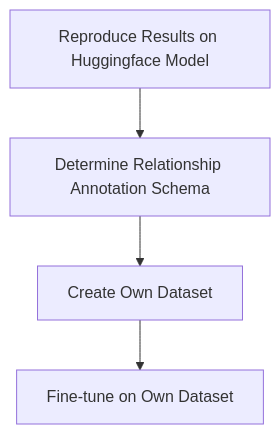
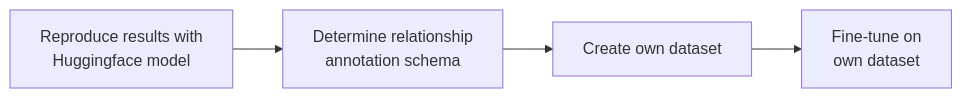
Before and after one commit to ontox-hu/Generative-re-tests: the diagram in README.md, drawn with Mermaid. The commit also changed other lines of this file, not shown here.

````diff
--- a/README.md
+++ b/README.md
@@ -10,6 +15,6 @@
 ```mermaid
-graph TD
-    A[Reproduce Results on Huggingface Model] --> B[Determine Relationship Annotation Schema]
-    B --> C[Create Own Dataset]
-    C --> D[Fine-tune on Own Dataset]
+graph LR
+    A["Reproduce results with<br> Huggingface model"] --> B["Determine relationship<br> annotation schema"]
+    B --> C["Create own dataset"]
+    C --> D["Fine-tune on<br> own dataset"]
 ```
````
